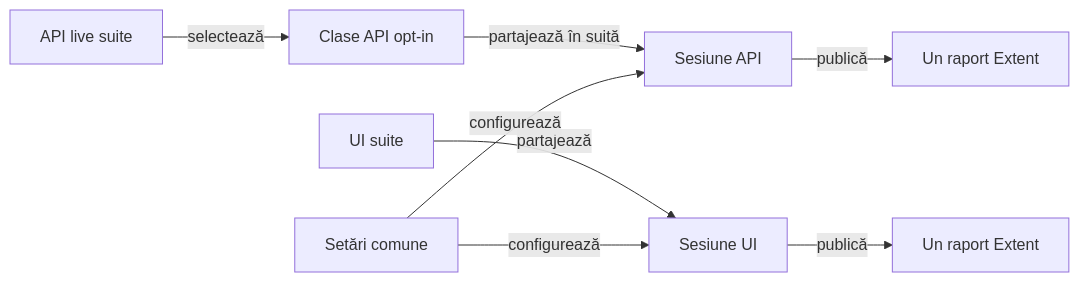
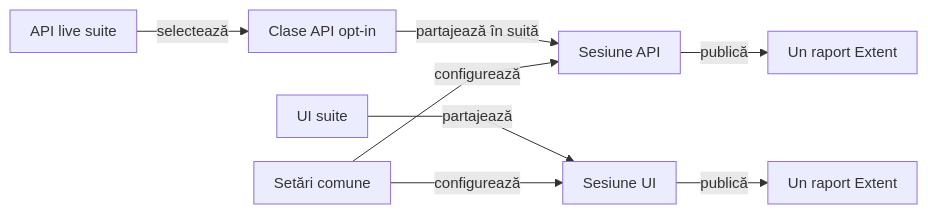
One commit to crististefanita/atf_j0 changed the sixth of 9 diagrams in atf-test-auto-ex/README.md. Above: the diagram before and after it, drawn with Mermaid. The commit also changed other lines of this file and 97 other files, not shown here.

````diff
--- a/atf-test-auto-ex/README.md
+++ b/atf-test-auto-ex/README.md
@@ -711,10 +802,11 @@
 ```mermaid
+%%{init: {"themeVariables":{"fontSize":"15px"},"themeCSS":".nodeLabel, .nodeLabel p { font-size: 15px !important; line-height: 1.35 !important; } .edgeLabel, .edgeLabel p { font-size: 12px !important; font-weight: 400 !important; line-height: 1.2 !important; } .edgeLabel .labelBkg, .edgeLabel p { background: transparent !important; } .edgeLabel foreignObject { transform: translateY(-28px); overflow: visible; } .node rect { rx: 6px; ry: 6px; } .edgeLabel [data-id=\"L_UI_UISession_0\"] foreignObject { transform: translate(24px, -18px); } .edgeLabel [data-id=\"L_Config_UISession_0\"] foreignObject { transform: translate(0px, -18px); } .edgeLabel [data-id=\"L_Config_ApiSession_0\"] foreignObject { transform: translate(0px, -18px); }","flowchart":{"curve":"linear","nodeSpacing":24,"rankSpacing":40,"padding":10,"diagramPadding":24}}}%%
 flowchart LR
     UI[UI suite] -->|partajează| UISession[Sesiune UI]
     UISession -->|publică| UIReport[Un raport Extent]
     API[API live suite] -->|selectează| Classes[Clase API opt-in]
     Classes -->|partajează în suită| ApiSession[Sesiune API]
     ApiSession -->|publică| ApiReports[Un raport Extent]
     Config[Setări comune] -->|configurează| UISession
     Config -->|configurează| ApiSession
 ```
````
